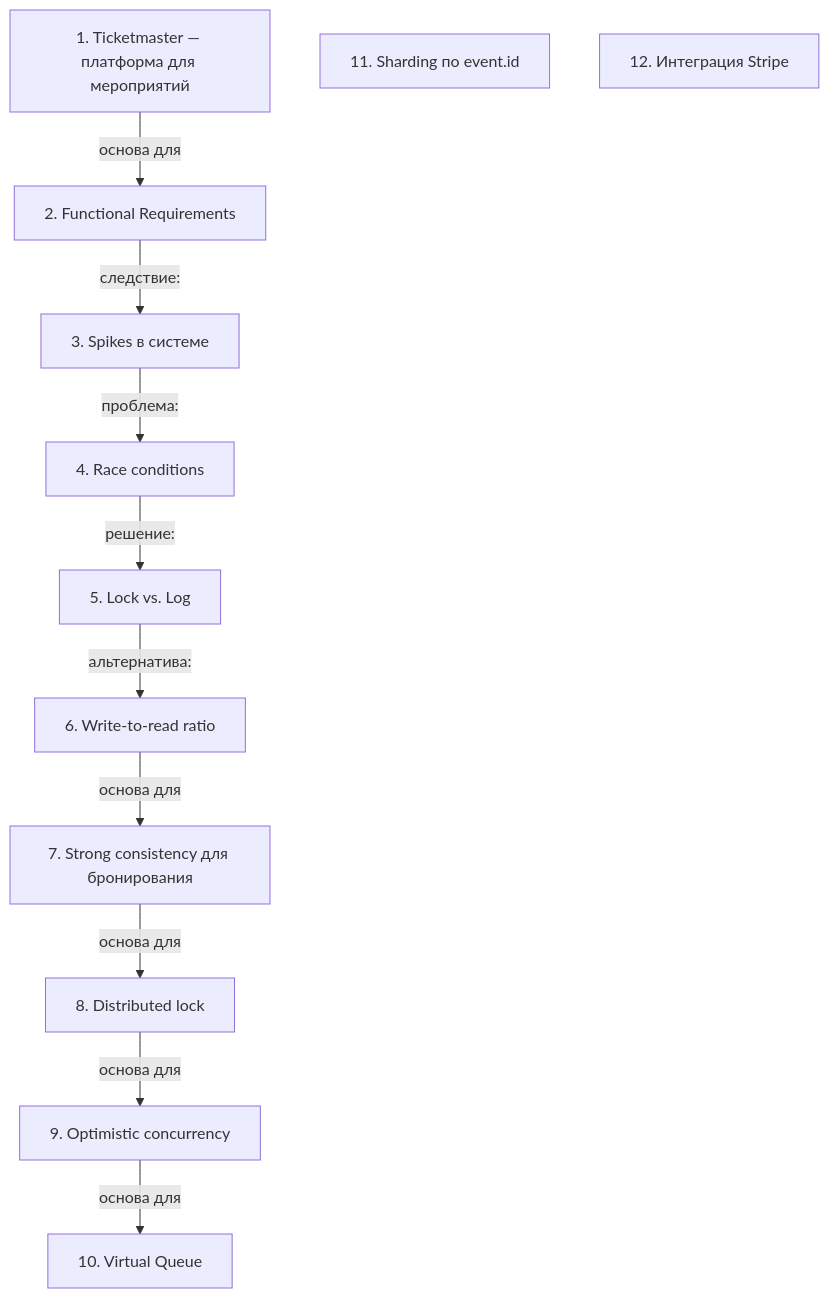
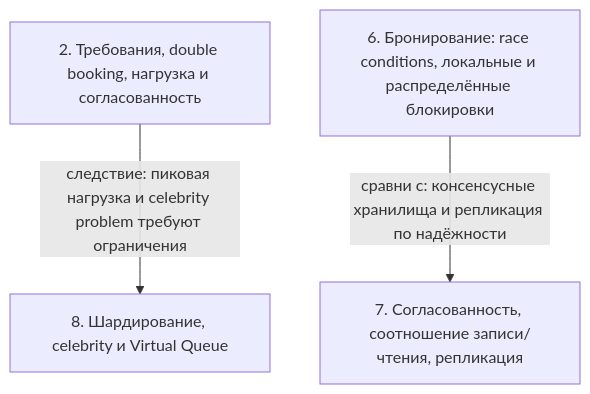
The diagram in SSL.BAND Систем Дизайн/08 - Семинары — system_design_ticket_master/notes.md (AsoloCode/notes), drawn with Mermaid before and after one commit. The commit also changed other lines of this file and 391 other files, not shown here.

````diff
--- a/SSL.BAND Систем Дизайн/08 - Семинары — system_design_ticket_master/notes.md
+++ b/SSL.BAND Систем Дизайн/08 - Семинары — system_design_ticket_master/notes.md
@@ -124,24 +119,9 @@
 ```mermaid
 flowchart TD
-    n1["1. Ticketmaster — платформа для мероприятий"]
-    n2["2. Functional Requirements"]
-    n3["3. Spikes в системе"]
-    n4["4. Race conditions"]
-    n5["5. Lock vs. Log"]
-    n6["6. Write-to-read ratio"]
-    n7["7. Strong consistency для бронирования"]
-    n8["8. Distributed lock"]
-    n9["9. Optimistic concurrency"]
-    n10["10. Virtual Queue"]
-    n11["11. Sharding по event.id"]
-    n12["12. Интеграция Stripe"]
-    n1 -->|основа для| n2
-    n2 -->|следствие:| n3
-    n3 -->|проблема:| n4
-    n4 -->|решение:| n5
-    n5 -->|альтернатива:| n6
-    n6 -->|основа для| n7
-    n7 -->|основа для| n8
-    n8 -->|основа для| n9
-    n9 -->|основа для| n10
+    n2["2. Требования, double booking, нагрузка и согласованность"]
+    n6["6. Бронирование: race conditions, локальные и распределённые блокировки"]
+    n7["7. Согласованность, соотношение записи/чтения, репликация"]
+    n8["8. Шардирование, celebrity и Virtual Queue"]
+    n2 -->|следствие: пиковая нагрузка и celebrity problem требуют ограничения| n8
+    n6 -->|сравни с: консенсусные хранилища и репликация по надёжности| n7
 ```
````
